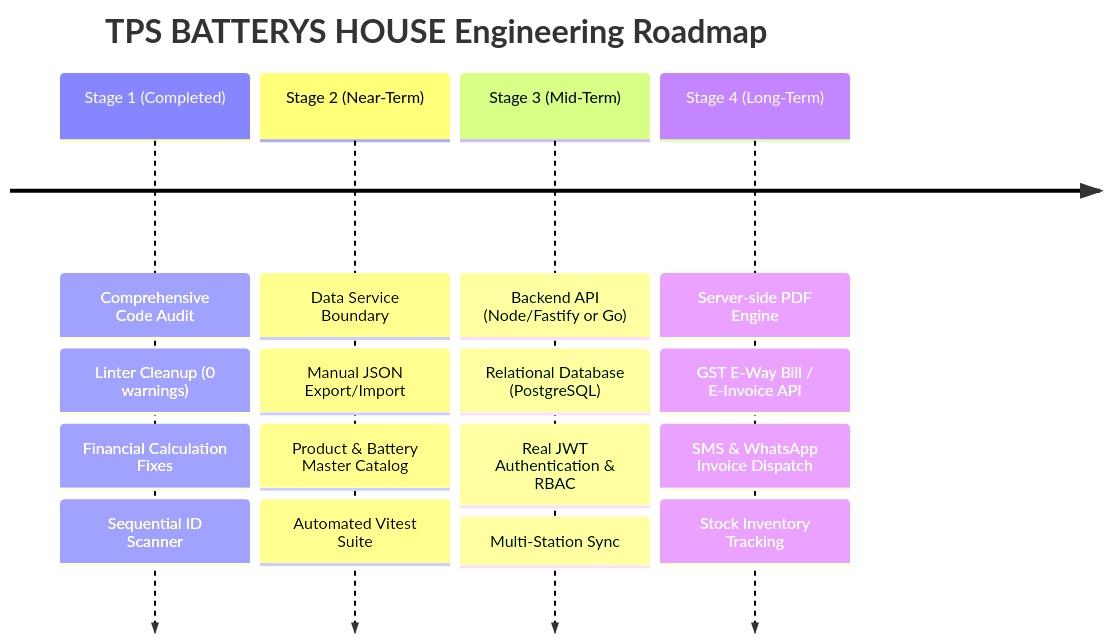
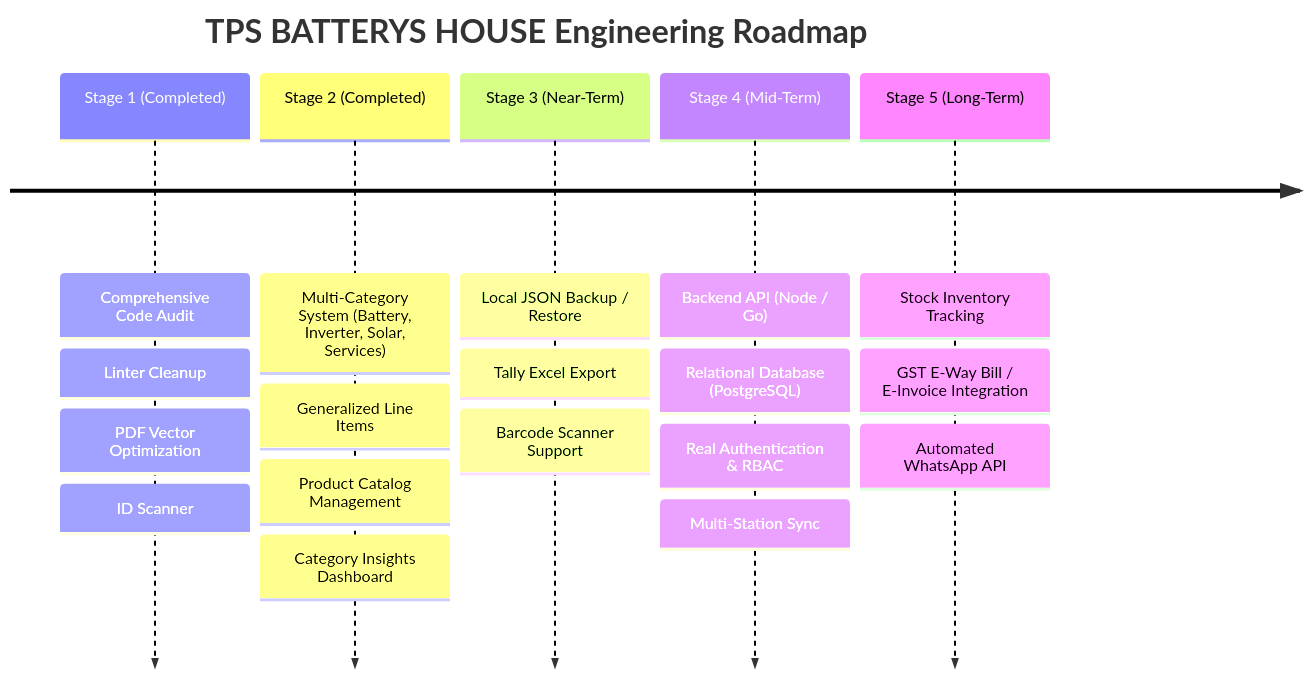
One commit to tpsbatteryhouse-gif/TPS-Battery-House-Billing-System changed the diagram in docs/ROADMAP.md. Above: the diagram before and after it, drawn with Mermaid. The commit also changed other lines of this file and 23 other files, not shown here.

Commit message:
feat: add multi-category product support and analytics to dashboard and catalog

````diff
--- a/docs/ROADMAP.md
+++ b/docs/ROADMAP.md
@@ -13,8 +13,9 @@
 ```mermaid
 timeline
     title TPS BATTERYS HOUSE Engineering Roadmap
-    Stage 1 (Completed) : Comprehensive Code Audit : Linter Cleanup (0 warnings) : Financial Calculation Fixes : Sequential ID Scanner
-    Stage 2 (Near-Term) : Data Service Boundary : Manual JSON Export/Import : Product & Battery Master Catalog : Automated Vitest Suite
-    Stage 3 (Mid-Term) : Backend API (Node/Fastify or Go) : Relational Database (PostgreSQL) : Real JWT Authentication & RBAC : Multi-Station Sync
-    Stage 4 (Long-Term) : Server-side PDF Engine : GST E-Way Bill / E-Invoice API : SMS & WhatsApp Invoice Dispatch : Stock Inventory Tracking
+    Stage 1 (Completed) : Comprehensive Code Audit : Linter Cleanup : PDF Vector Optimization : ID Scanner
+    Stage 2 (Completed) : Multi-Category System (Battery, Inverter, Solar, Services) : Generalized Line Items : Product Catalog Management : Category Insights Dashboard
+    Stage 3 (Near-Term) : Local JSON Backup / Restore : Tally Excel Export : Barcode Scanner Support
+    Stage 4 (Mid-Term) : Backend API (Node / Go) : Relational Database (PostgreSQL) : Real Authentication & RBAC : Multi-Station Sync
+    Stage 5 (Long-Term) : Stock Inventory Tracking : GST E-Way Bill / E-Invoice Integration : Automated WhatsApp API
 ```
````
